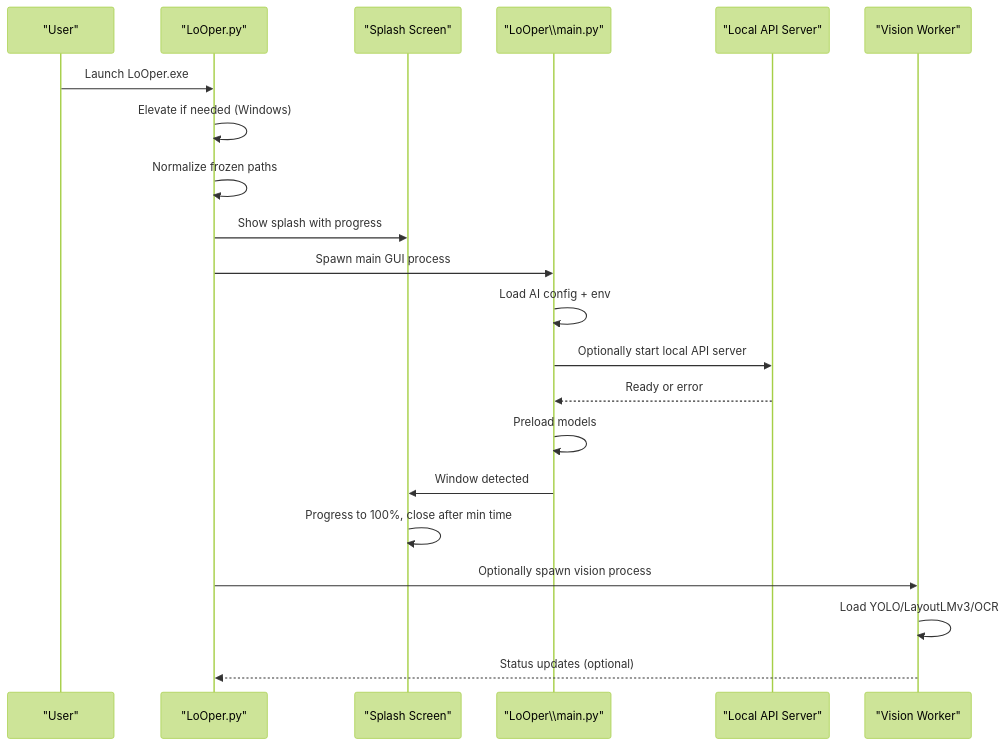
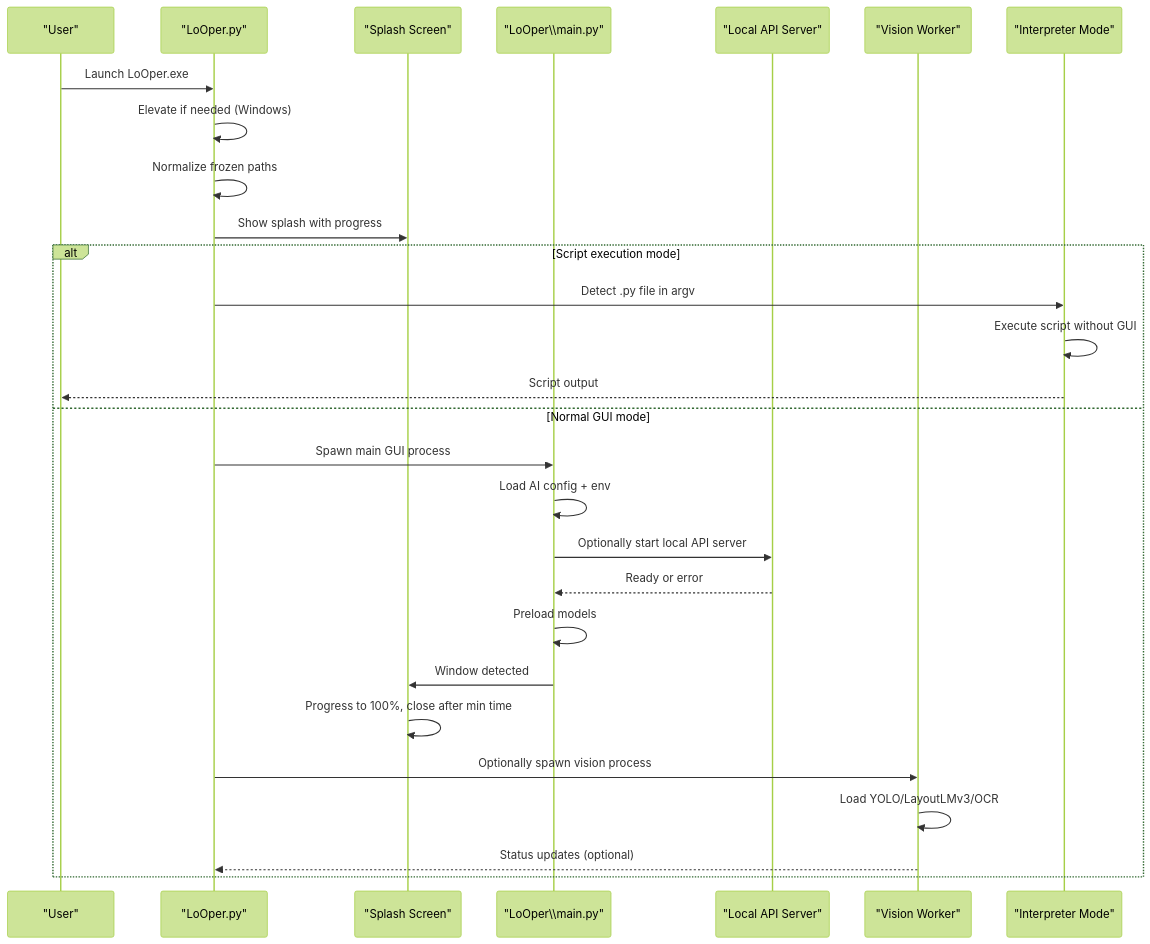
One commit to RodrigoBenitez343/Arrow changed the second of 4 diagrams in .qoder/repowiki/en/content/Core Components/Application Launcher.md. Above: the diagram before and after it, drawn with Mermaid (forest theme). The commit also changed other lines of this file and 53 other files, not shown here.

````diff
--- a/.qoder/repowiki/en/content/Core Components/Application Launcher.md
+++ b/.qoder/repowiki/en/content/Core Components/Application Launcher.md
@@ -91,23 +107,30 @@
 ```mermaid
 sequenceDiagram
 participant User as "User"
 participant Launcher as "LoOper.py"
 participant Splash as "Splash Screen"
 participant GUI as "LoOper\\main.py"
 participant API as "Local API Server"
 participant Vision as "Vision Worker"
+participant Interpreter as "Interpreter Mode"
 User->>Launcher : Launch LoOper.exe
 Launcher->>Launcher : Elevate if needed (Windows)
 Launcher->>Launcher : Normalize frozen paths
 Launcher->>Splash : Show splash with progress
+alt Script execution mode
+Launcher->>Interpreter : Detect .py file in argv
+Interpreter->>Interpreter : Execute script without GUI
+Interpreter-->>User : Script output
+else Normal GUI mode
 Launcher->>GUI : Spawn main GUI process
 GUI->>GUI : Load AI config + env
 GUI->>API : Optionally start local API server
 API-->>GUI : Ready or error
 GUI->>GUI : Preload models
 GUI->>Splash : Window detected
 Splash->>Splash : Progress to 100%, close after min time
 Launcher->>Vision : Optionally spawn vision process
 Vision->>Vision : Load YOLO/LayoutLMv3/OCR
 Vision-->>Launcher : Status updates (optional)
+end
 ```
````
